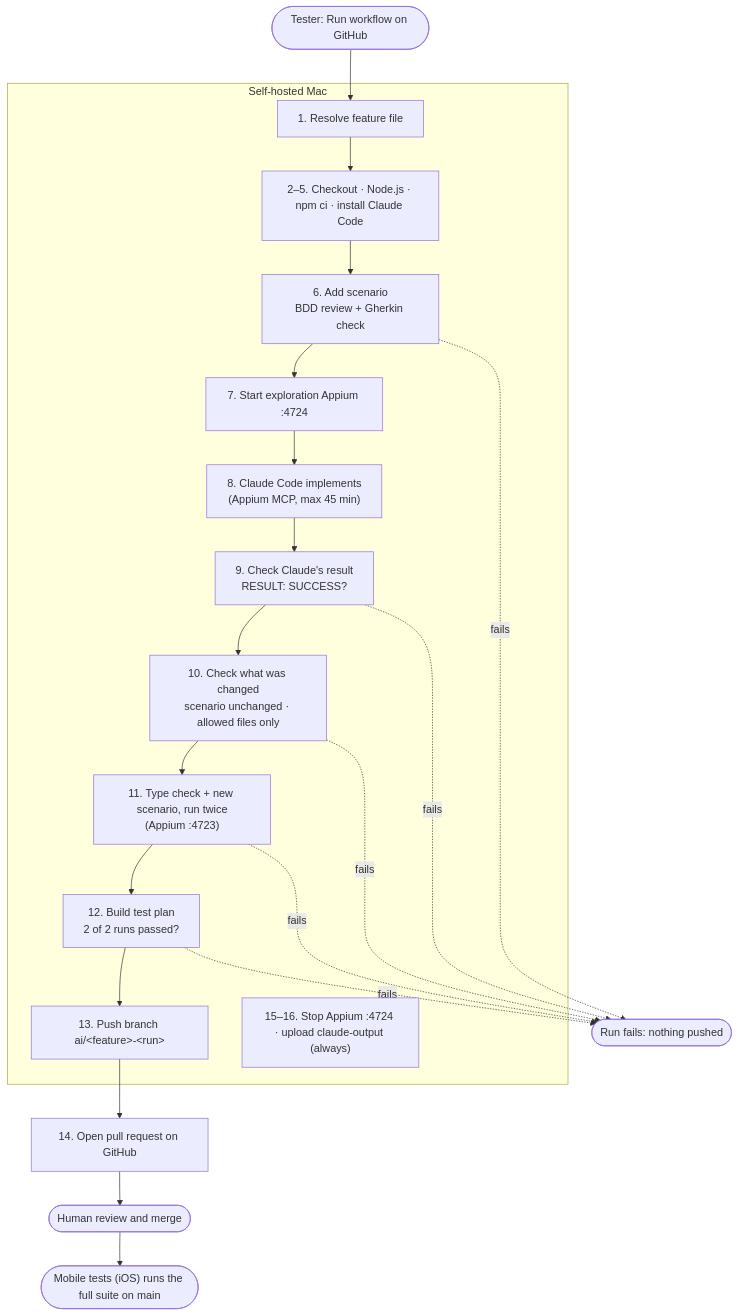
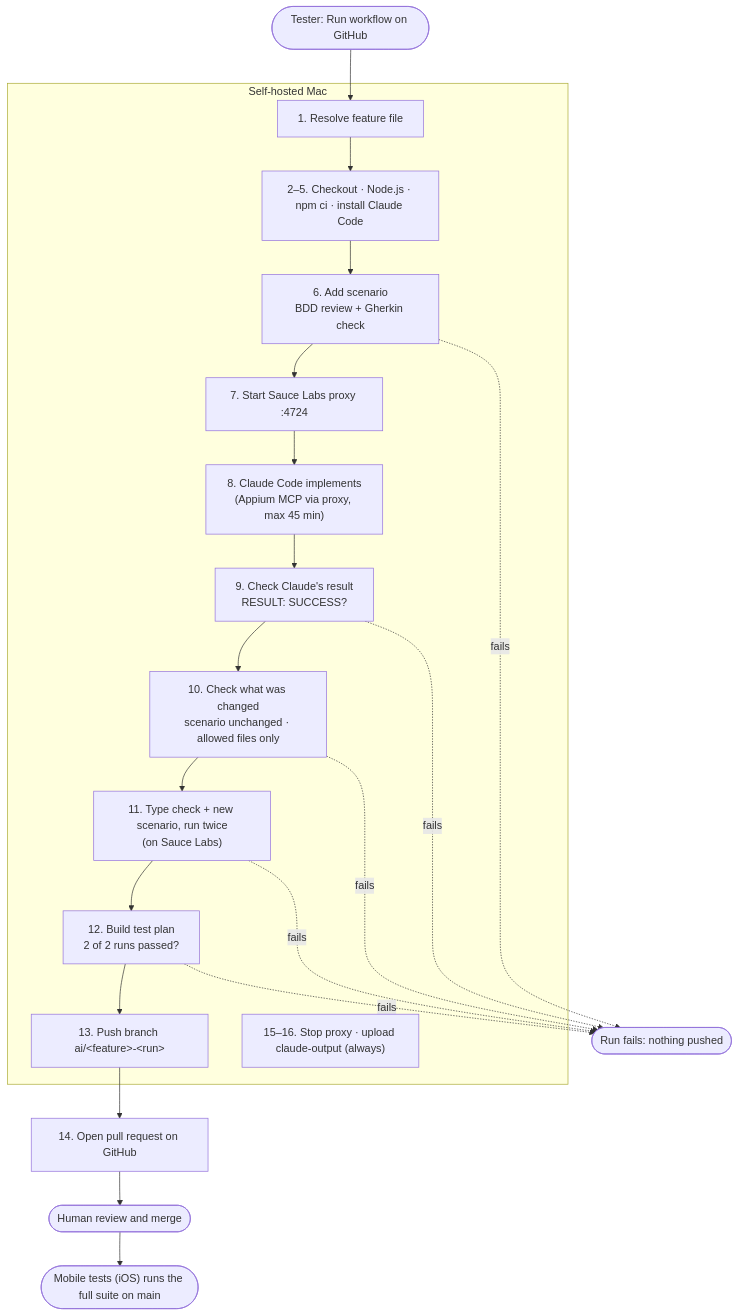
The second of 2 diagrams in README.md (regisrozario/wdio-appium-cucumber), drawn with Mermaid before and after one commit. The commit also changed other lines of this file and 13 other files, not shown here.

First line of the commit message:
Run tests on Sauce Labs real iPhones

````diff
--- a/README.md
+++ b/README.md
@@ -288,27 +320,27 @@
 ```mermaid
 flowchart TD
     start(["Tester: Run workflow on GitHub"]) --> resolve
 
     subgraph MAC["Self-hosted Mac"]
         resolve["1. Resolve feature file"] --> setup["2–5. Checkout · Node.js · npm ci · install Claude Code"]
         setup --> add["6. Add scenario<br/>BDD review + Gherkin check"]
-        add --> explore["7. Start exploration Appium :4724"]
-        explore --> claude["8. Claude Code implements<br/>(Appium MCP, max 45 min)"]
+        add --> explore["7. Start Sauce Labs proxy :4724"]
+        explore --> claude["8. Claude Code implements<br/>(Appium MCP via proxy, max 45 min)"]
         claude --> result["9. Check Claude's result<br/>RESULT: SUCCESS?"]
         result --> changed["10. Check what was changed<br/>scenario unchanged · allowed files only"]
-        changed --> verify["11. Type check + new scenario, run twice<br/>(Appium :4723)"]
+        changed --> verify["11. Type check + new scenario, run twice<br/>(on Sauce Labs)"]
         verify --> plan["12. Build test plan<br/>2 of 2 runs passed?"]
         plan --> push["13. Push branch ai/&lt;feature&gt;-&lt;run&gt;"]
-        always["15–16. Stop Appium :4724 · upload claude-output (always)"]
+        always["15–16. Stop proxy · upload claude-output (always)"]
     end
 
     push --> openpr["14. Open pull request on GitHub"]
     openpr --> review(["Human review and merge"])
     review --> regression(["Mobile tests (iOS) runs the full suite on main"])
 
     add -. fails .-> stop(["Run fails: nothing pushed"])
     result -. fails .-> stop
     changed -. fails .-> stop
     verify -. fails .-> stop
     plan -. fails .-> stop
 ```
````
